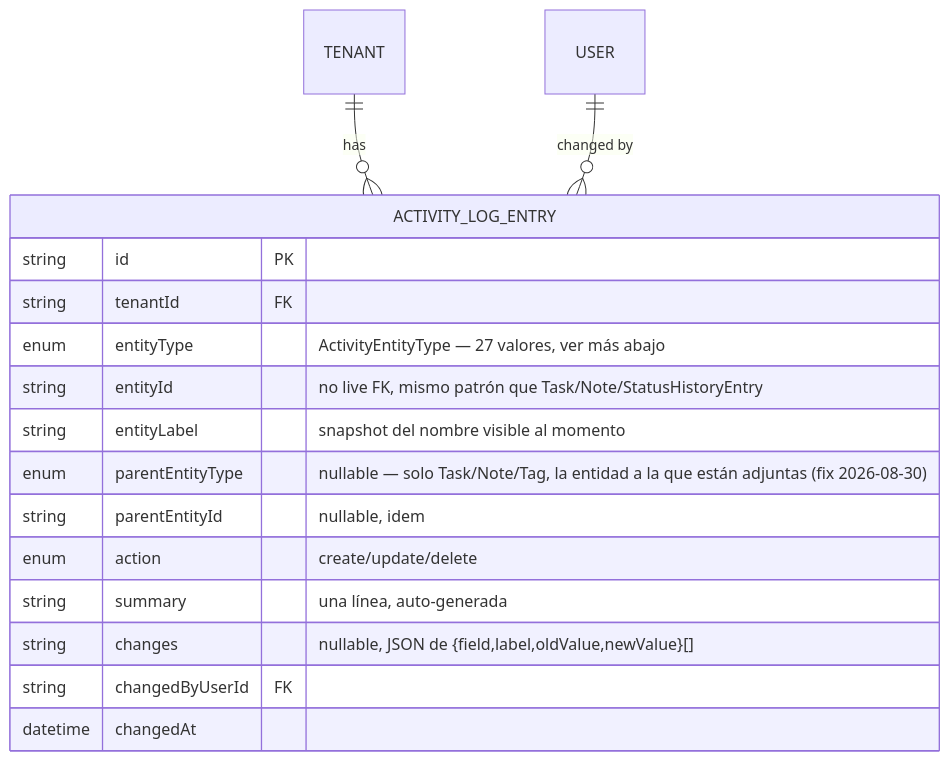
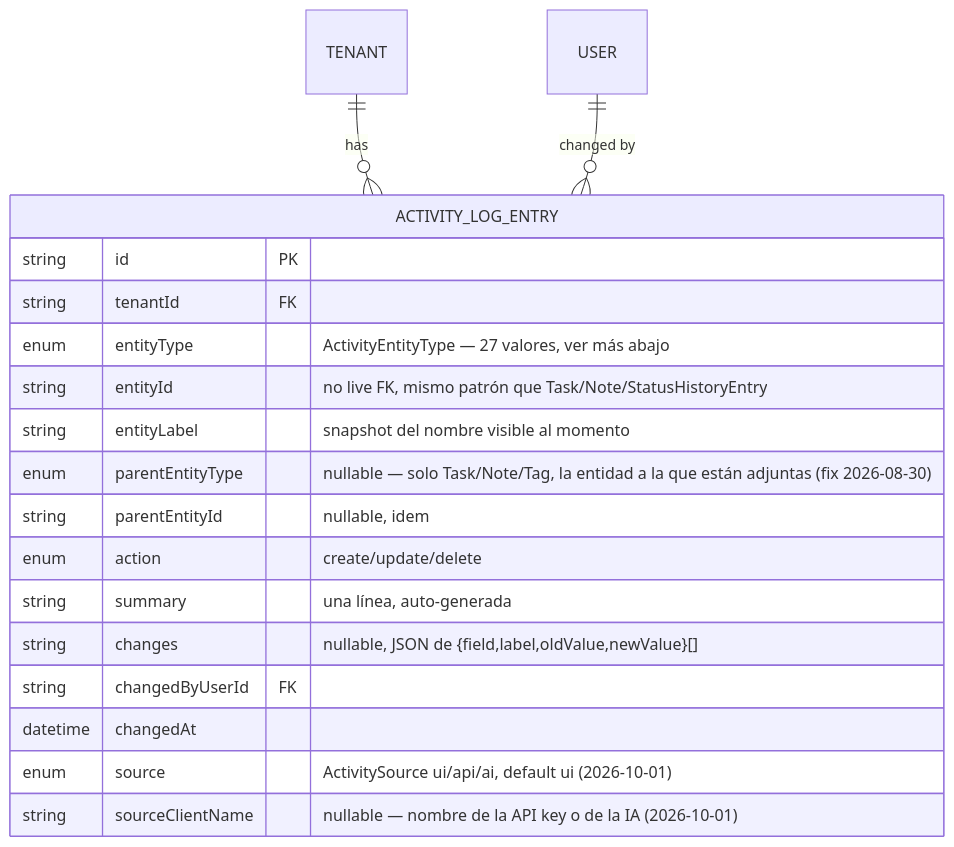
Before and after one commit to ABravo2025/northstack: diagram 13 of 14 in docs/general/database-schema.md, drawn with Mermaid. The commit also changed other lines of this file and 19 other files, not shown here.

First line of the commit message:
Activity Log: record whether a change came from the app, the API, or AI

````diff
--- a/docs/general/database-schema.md
+++ b/docs/general/database-schema.md
@@ -1082,20 +1082,22 @@
 ```mermaid
 erDiagram
     TENANT ||--o{ ACTIVITY_LOG_ENTRY : "has"
     USER ||--o{ ACTIVITY_LOG_ENTRY : "changed by"
 
     ACTIVITY_LOG_ENTRY {
         string id PK
         string tenantId FK
         enum entityType "ActivityEntityType — 27 valores, ver más abajo"
         string entityId "no live FK, mismo patrón que Task/Note/StatusHistoryEntry"
         string entityLabel "snapshot del nombre visible al momento"
         enum parentEntityType "nullable — solo Task/Note/Tag, la entidad a la que están adjuntas (fix 2026-08-30)"
         string parentEntityId "nullable, idem"
         enum action "create/update/delete"
         string summary "una línea, auto-generada"
         string changes "nullable, JSON de {field,label,oldValue,newValue}[]"
         string changedByUserId FK
         datetime changedAt
+        enum source "ActivitySource ui/api/ai, default ui (2026-10-01)"
+        string sourceClientName "nullable — nombre de la API key o de la IA (2026-10-01)"
     }
 ```
````
